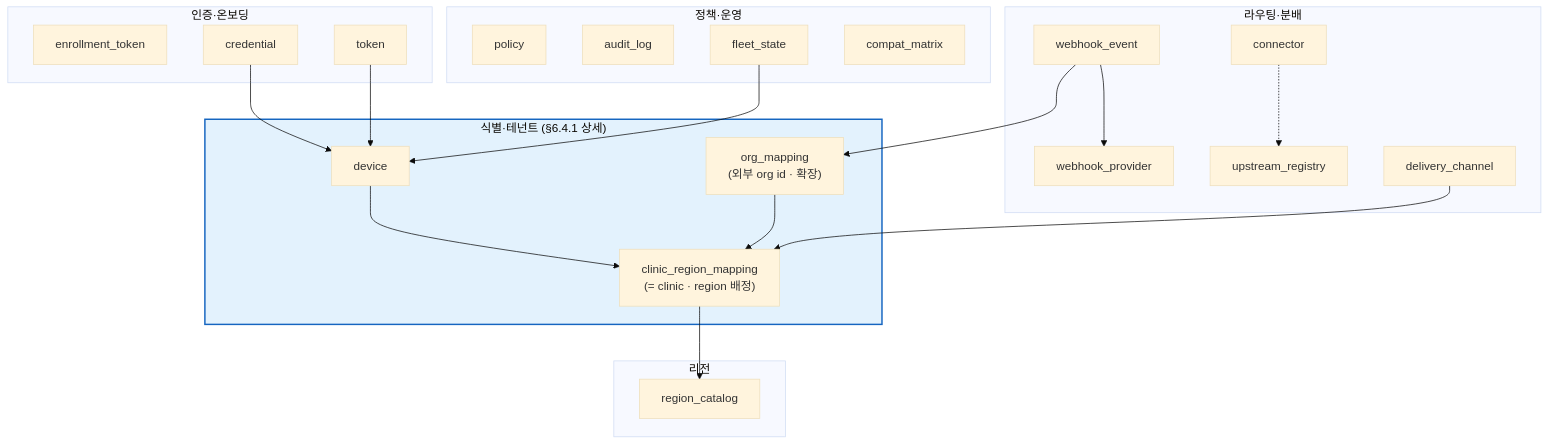
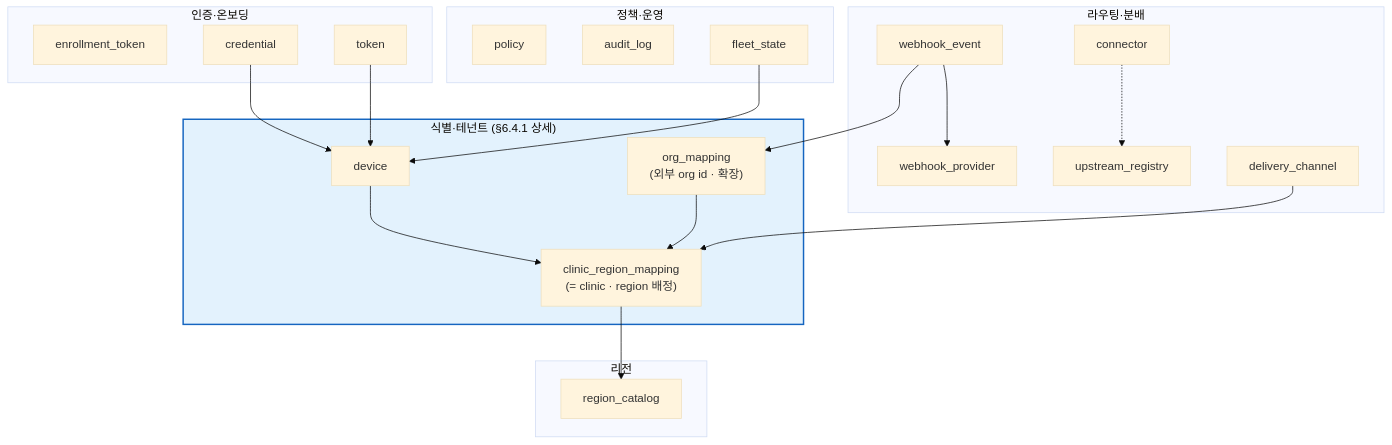
One commit to gracegyu/scp-architecture changed diagram 17 of 17 in docs/VT_API_Gateway/08.VT_API_Gateway/specs/03-srs-gateway/SRS.md. Above: the diagram before and after it, drawn with Mermaid (base theme). The commit also changed other lines of this file and 3 other files, not shown here.

````diff
--- a/docs/VT_API_Gateway/08.VT_API_Gateway/specs/03-srs-gateway/SRS.md
+++ b/docs/VT_API_Gateway/08.VT_API_Gateway/specs/03-srs-gateway/SRS.md
@@ -1237,41 +1237,40 @@
 ```mermaid
 flowchart TB
     subgraph ID["식별·테넌트 (§6.4.1 상세)"]
         DEV[device]
         CLI["clinic_region_mapping<br/>(= clinic · region 배정)"]
         ORG["org_mapping<br/>(외부 org id · 확장)"]
     end
     subgraph RGN["리전"]
         RC[region_catalog]
     end
     subgraph AUTH["인증·온보딩"]
         ENR[enrollment_token]
         CRED[credential]
         TOK[token]
     end
     subgraph DISP["라우팅·분배"]
         UPS[upstream_registry]
         WP[webhook_provider]
         WE[webhook_event]
         DC[delivery_channel]
         CONN[connector]
     end
     subgraph OPS["정책·운영"]
         POL[policy]
         AUD[audit_log]
         FLEET[fleet_state]
-        COMPAT[compat_matrix]
     end
 
     DEV --> CLI
     ORG --> CLI
     CLI --> RC
     DC --> CLI
     WE --> ORG
     WE --> WP
     CRED --> DEV
     TOK --> DEV
     FLEET --> DEV
     CONN -.-> UPS
     style ID fill:#e3f2fd,stroke:#1565c0,stroke-width:2px
 ```
````
